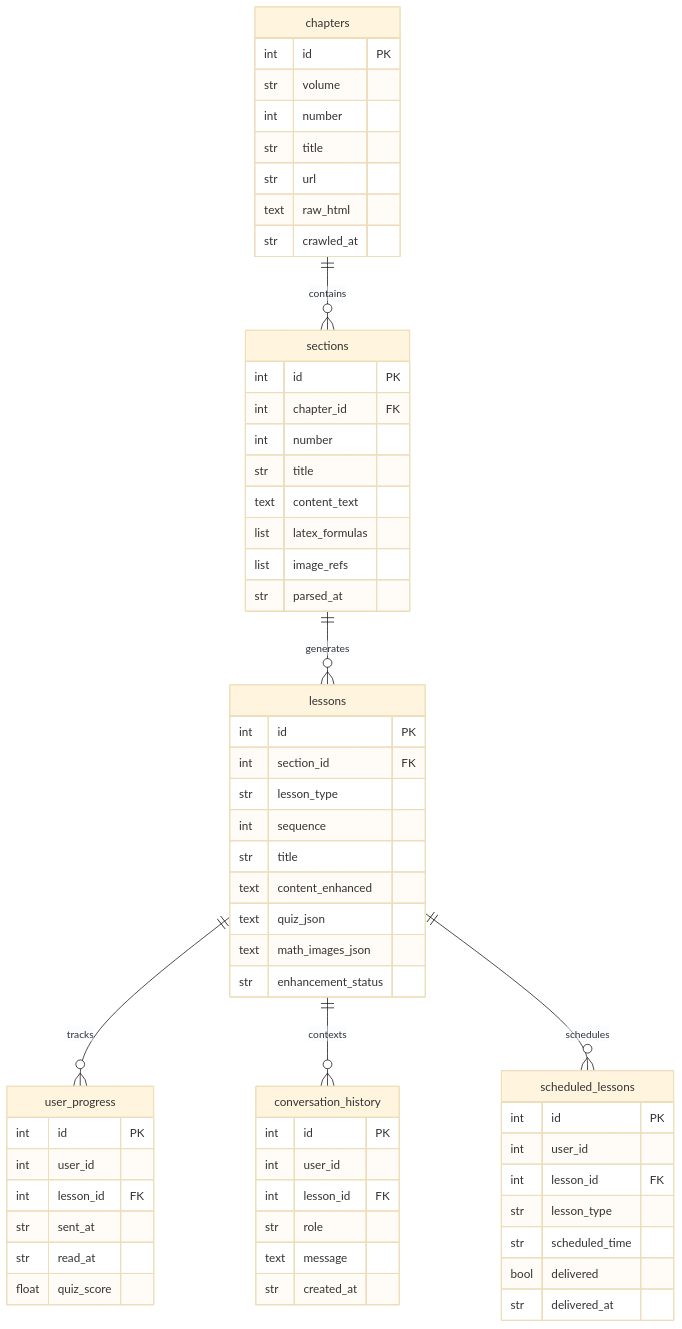
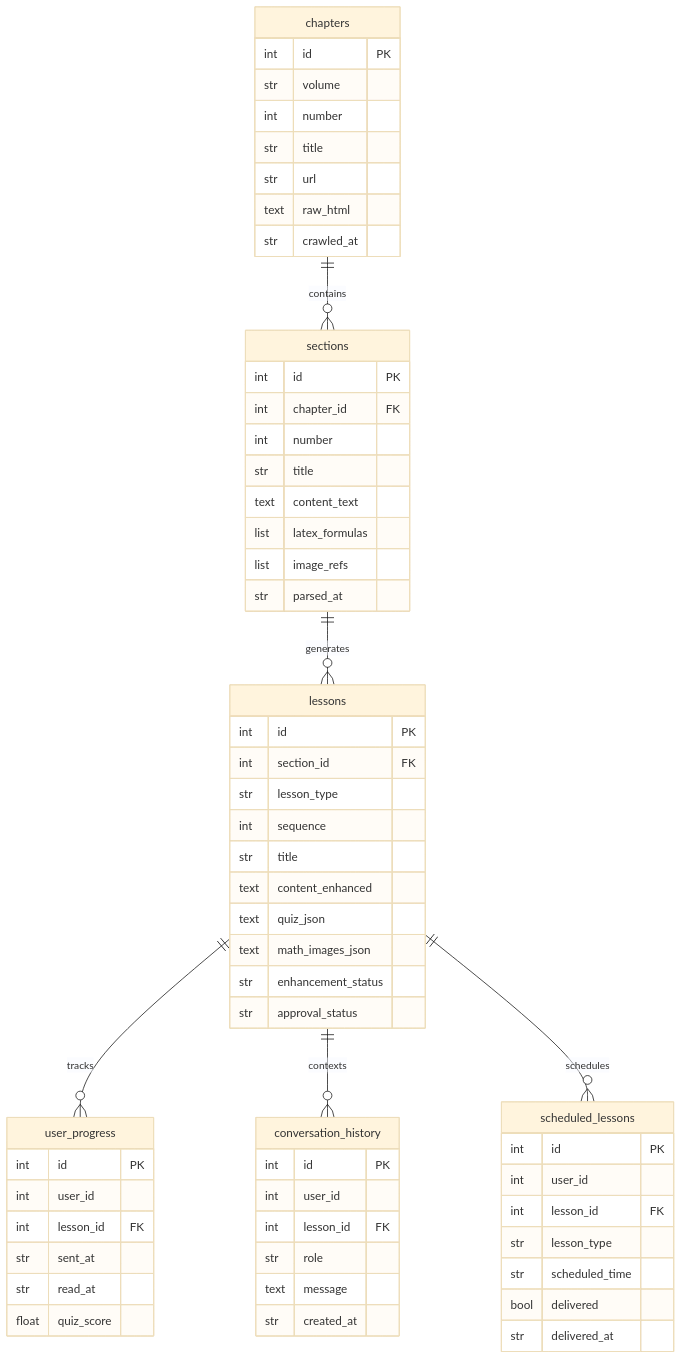
One commit to DuongDoNgoc/feynman-lectures-bot changed the seventh of 20 diagrams in docs/system-architecture.md. Above: the diagram before and after it, drawn with Mermaid (base theme). The commit also changed other lines of this file and 2 other files, not shown here.

First line of the commit message:
docs: add journal and update architecture for preview workflow

````diff
--- a/docs/system-architecture.md
+++ b/docs/system-architecture.md
@@ -227,69 +239,70 @@
 ```mermaid
 erDiagram
     chapters ||--o{ sections : contains
     sections ||--o{ lessons : generates
     lessons ||--o{ user_progress : tracks
     lessons ||--o{ conversation_history : contexts
     lessons ||--o{ scheduled_lessons : schedules
 
     chapters {
         int id PK
         str volume
         int number
         str title
         str url
         text raw_html
         str crawled_at
     }
 
     sections {
         int id PK
         int chapter_id FK
         int number
         str title
         text content_text
         list latex_formulas
         list image_refs
         str parsed_at
     }
 
     lessons {
         int id PK
         int section_id FK
         str lesson_type
         int sequence
         str title
         text content_enhanced
         text quiz_json
         text math_images_json
         str enhancement_status
+        str approval_status
     }
 
     user_progress {
         int id PK
         int user_id
         int lesson_id FK
         str sent_at
         str read_at
         float quiz_score
     }
 
     conversation_history {
         int id PK
         int user_id
         int lesson_id FK
         str role
         text message
         str created_at
     }
 
     scheduled_lessons {
         int id PK
         int user_id
         int lesson_id FK
         str lesson_type
         str scheduled_time
         bool delivered
         str delivered_at
     }
 ```
````
